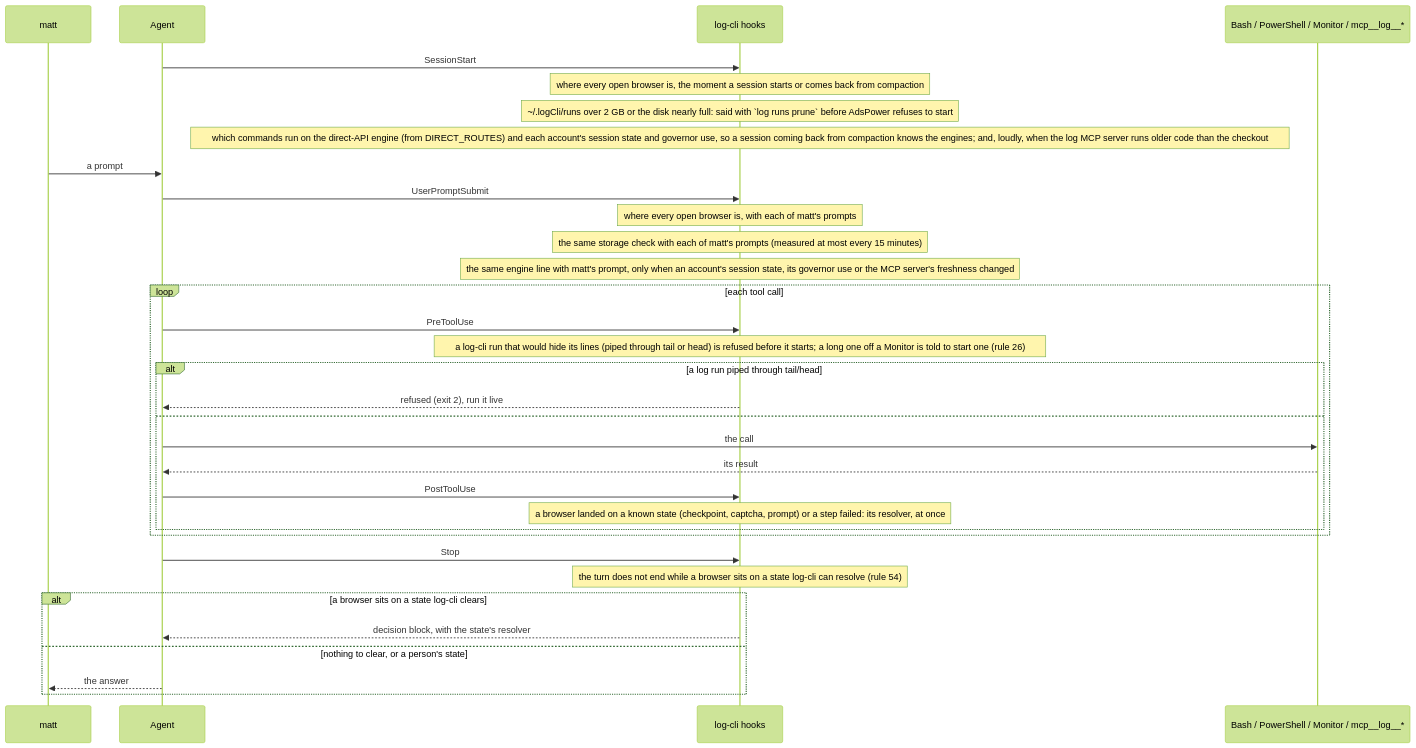
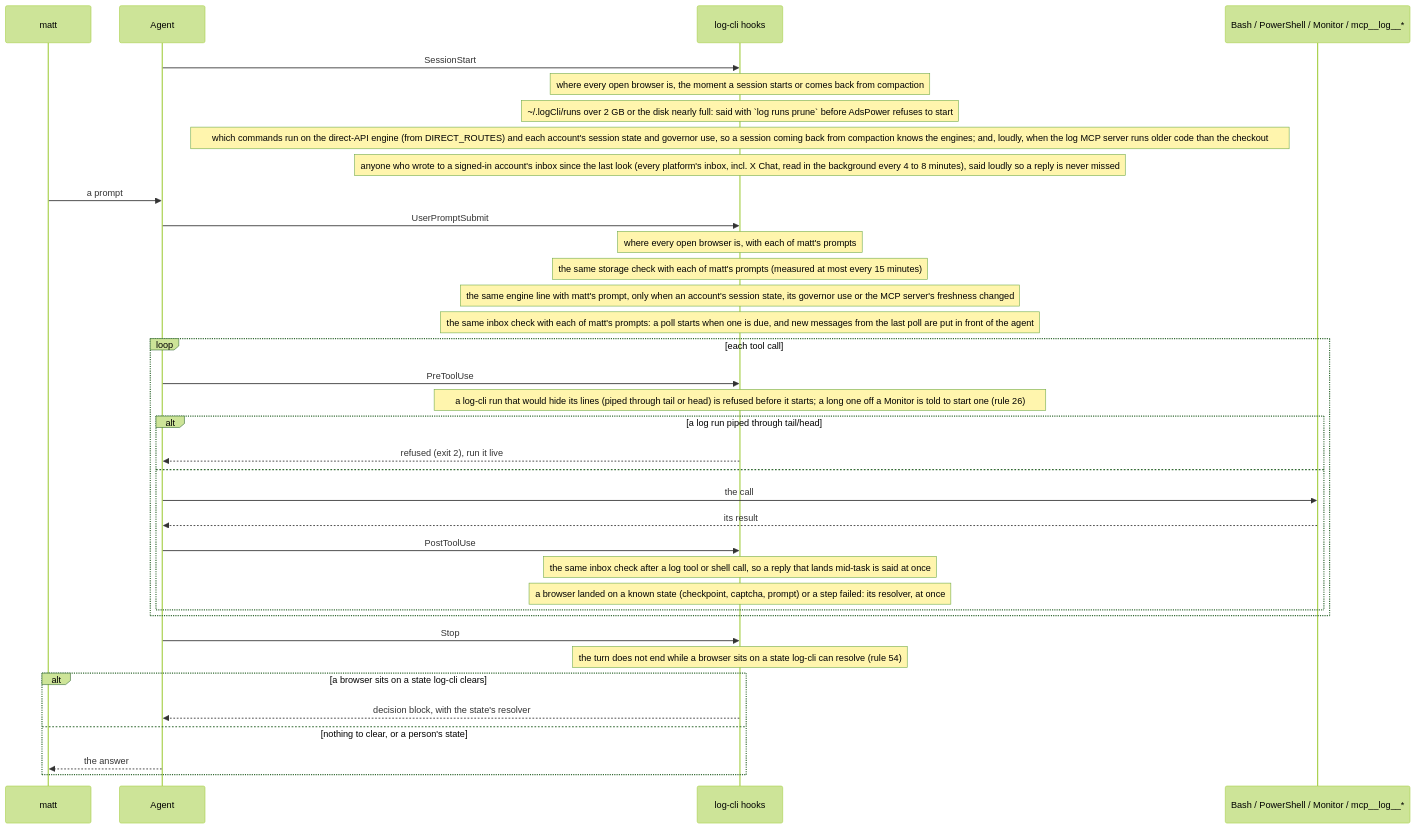
One commit to matthewdonsemail-lab/log changed the diagram in docs/diagrams/hooks.mmd. Above: the diagram before and after it, drawn with Mermaid (forest theme). The commit also changed 16 other files, not shown here.

Commit message:
feat(inbox): log twitter dms and the inbox watcher see X Chat; watcher surfaces replies loudly

```diff
--- a/docs/diagrams/hooks.mmd
+++ b/docs/diagrams/hooks.mmd
@@ -1,35 +1,38 @@
 %% The hooks in one turn. Written from `AGENT_HOOKS` (`src/agentHooks/registry`); the same list gives Claude Code's `.claude/settings.json` and Codex's `.codex/hooks.json`.
 %% Written by `bun run docs:build` from the code (rule 56). Not edited by hand.
 sequenceDiagram
   participant matt
   participant Agent
   participant Hook as log-cli hooks
   participant Tool as Bash / PowerShell / Monitor / mcp__log__*
   Agent->>Hook: SessionStart
   Note over Hook: where every open browser is, the moment a session starts or comes back from compaction
   Note over Hook: ~/.logCli/runs over 2 GB or the disk nearly full: said with `log runs prune` before AdsPower refuses to start
   Note over Hook: which commands run on the direct-API engine (from DIRECT_ROUTES) and each account's session state and governor use, so a session coming back from compaction knows the engines#59; and, loudly, when the log MCP server runs older code than the checkout
+  Note over Hook: anyone who wrote to a signed-in account's inbox since the last look (every platform's inbox, incl. X Chat, read in the background every 4 to 8 minutes), said loudly so a reply is never missed
   matt->>Agent: a prompt
   Agent->>Hook: UserPromptSubmit
   Note over Hook: where every open browser is, with each of matt's prompts
   Note over Hook: the same storage check with each of matt's prompts (measured at most every 15 minutes)
   Note over Hook: the same engine line with matt's prompt, only when an account's session state, its governor use or the MCP server's freshness changed
+  Note over Hook: the same inbox check with each of matt's prompts: a poll starts when one is due, and new messages from the last poll are put in front of the agent
   loop each tool call
     Agent->>Hook: PreToolUse
     Note over Hook: a log-cli run that would hide its lines (piped through tail or head) is refused before it starts#59; a long one off a Monitor is told to start one (rule 26)
     alt a log run piped through tail/head
       Hook-->>Agent: refused (exit 2), run it live
     else
       Agent->>Tool: the call
       Tool-->>Agent: its result
       Agent->>Hook: PostToolUse
+    Note over Hook: the same inbox check after a log tool or shell call, so a reply that lands mid-task is said at once
     Note over Hook: a browser landed on a known state (checkpoint, captcha, prompt) or a step failed: its resolver, at once
     end
   end
   Agent->>Hook: Stop
   Note over Hook: the turn does not end while a browser sits on a state log-cli can resolve (rule 54)
   alt a browser sits on a state log-cli clears
     Hook-->>Agent: decision block, with the state's resolver
   else nothing to clear, or a person's state
     Agent-->>matt: the answer
   end
```
